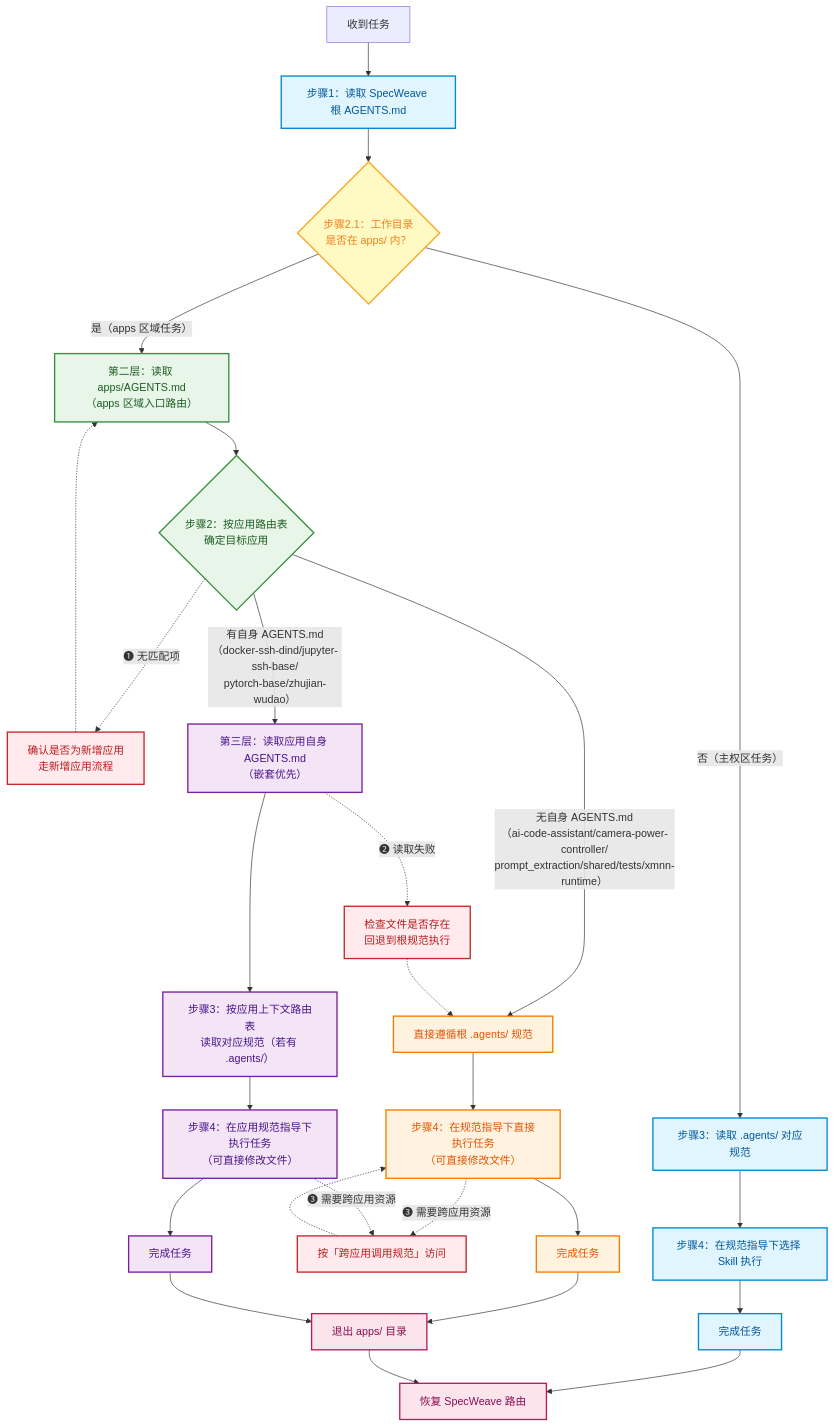
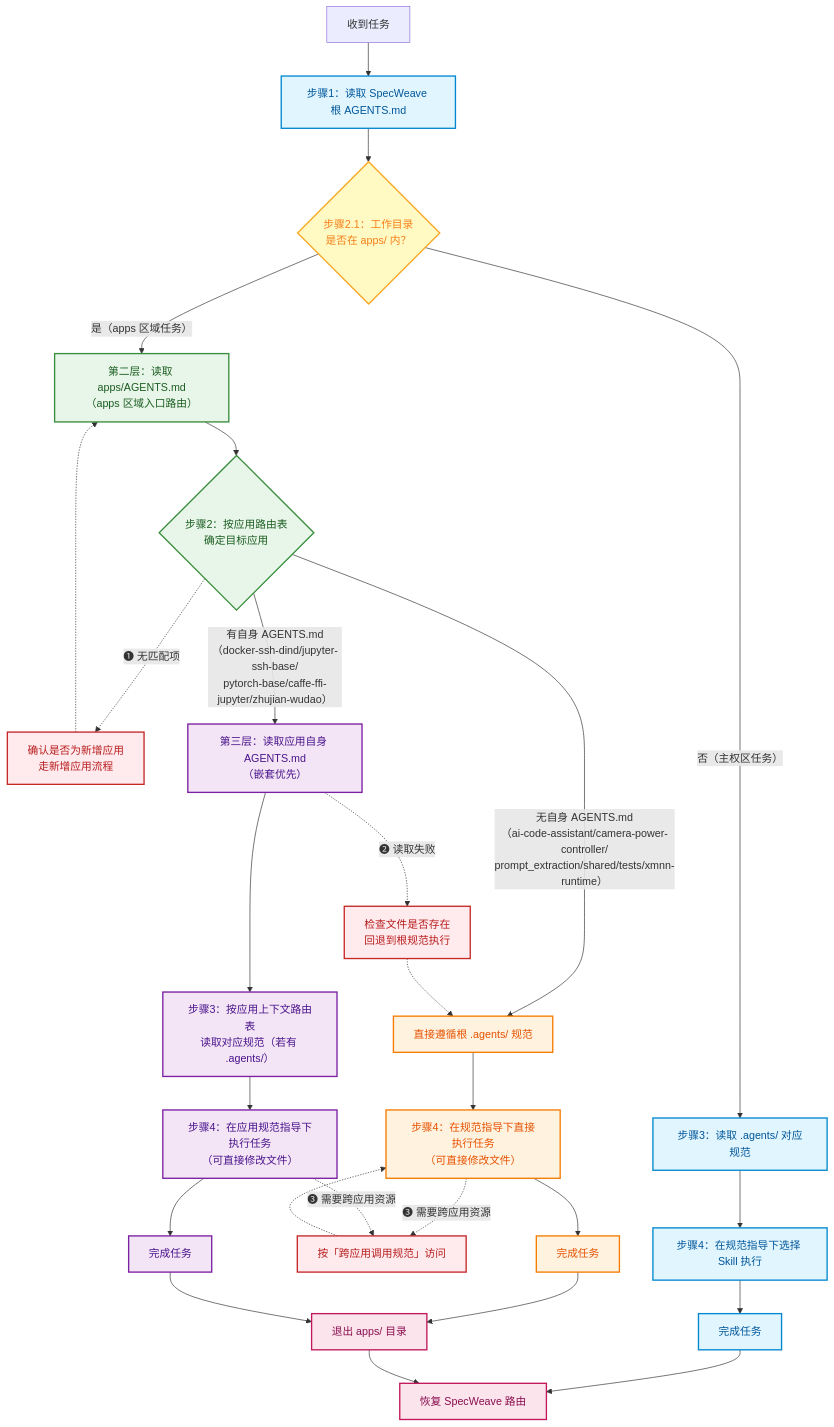
The diagram in apps/AGENTS.md (xinetzone/SpecWeave), drawn with Mermaid before and after one commit. The commit also changed other lines of this file and 8 other files, not shown here.

First line of the commit message:
feat(apps/caffe-ffi-jupyter): 创建Caffe-FFI Jupyter Docker开发环境

````diff
--- a/apps/AGENTS.md
+++ b/apps/AGENTS.md
@@ -67,43 +69,43 @@
 ```mermaid
 flowchart TD
     Start["收到任务"] --> Step1["步骤1：读取 SpecWeave 根 AGENTS.md"]
     Step1 --> Step21{"步骤2.1：工作目录<br/>是否在 apps/ 内？"}
     Step21 -->|"否（主权区任务）"| Step3A["步骤3：读取 .agents/ 对应规范"]
     Step3A --> Step4A["步骤4：在规范指导下选择 Skill 执行"]
     Step4A --> Done1["完成任务"]
     Step21 -->|"是（apps 区域任务）"| Layer2["第二层：读取 apps/AGENTS.md<br/>（apps 区域入口路由）"]
     Layer2 --> SubApp{"步骤2：按应用路由表<br/>确定目标应用"}
     SubApp -.->|"❶ 无匹配项"| E1["确认是否为新增应用<br/>走新增应用流程"]
     E1 -.-> Layer2
-    SubApp -->|"有自身 AGENTS.md<br/>（docker-ssh-dind/jupyter-ssh-base/<br/>pytorch-base/zhujian-wudao）"| Layer3["第三层：读取应用自身 AGENTS.md<br/>（嵌套优先）"]
+    SubApp -->|"有自身 AGENTS.md<br/>（docker-ssh-dind/jupyter-ssh-base/<br/>pytorch-base/caffe-ffi-jupyter/zhujian-wudao）"| Layer3["第三层：读取应用自身 AGENTS.md<br/>（嵌套优先）"]
     SubApp -->|"无自身 AGENTS.md<br/>（ai-code-assistant/camera-power-controller/<br/>prompt_extraction/shared/tests/xmnn-runtime）"| Direct["直接遵循根 .agents/ 规范"]
     Layer3 -.->|"❷ 读取失败"| E2["检查文件是否存在<br/>回退到根规范执行"]
     E2 -.-> Direct
     Layer3 --> Step3B["步骤3：按应用上下文路由表<br/>读取对应规范（若有 .agents/）"]
     Direct --> Step4B["步骤4：在规范指导下直接执行任务<br/>（可直接修改文件）"]
     Step3B --> Step4C["步骤4：在应用规范指导下执行任务<br/>（可直接修改文件）"]
     Step4B -.->|"❸ 需要跨应用资源"| E3["按「跨应用调用规范」访问"]
     Step4C -.->|"❸ 需要跨应用资源"| E3
     E3 -.-> Step4B
     Step4B --> Done2["完成任务"]
     Step4C --> Done3["完成任务"]
     Done2 --> Exit["退出 apps/ 目录"]
     Done3 --> Exit
     Done1 --> Restore["恢复 SpecWeave 路由"]
     Exit --> Restore
     %% 样式分层
     classDef specWeave fill:#e1f5fe,stroke:#0288d1,stroke-width:2px,color:#01579b
     classDef apps fill:#e8f5e9,stroke:#388e3c,stroke-width:2px,color:#1b5e20
     classDef appWithAgents fill:#f3e5f5,stroke:#7b1fa2,stroke-width:2px,color:#4a148c
     classDef appDirect fill:#fff3e0,stroke:#f57c00,stroke-width:2px,color:#e65100
     classDef exit fill:#fce4ec,stroke:#c2185b,stroke-width:2px,color:#880e4f
     classDef decision fill:#fff9c4,stroke:#f9a825,stroke-width:2px,color:#f57f17
     classDef error fill:#ffebee,stroke:#c62828,stroke-width:2px,color:#b71c1c
     class Step1,Step3A,Step4A,Done1 specWeave
     class Layer2,SubApp apps
     class Layer3,Step3B,Step4C,Done3 appWithAgents
     class Direct,Step4B,Done2 appDirect
     class Step21 decision
     class Exit,Restore exit
     class E1,E2,E3 error
 ```
````
